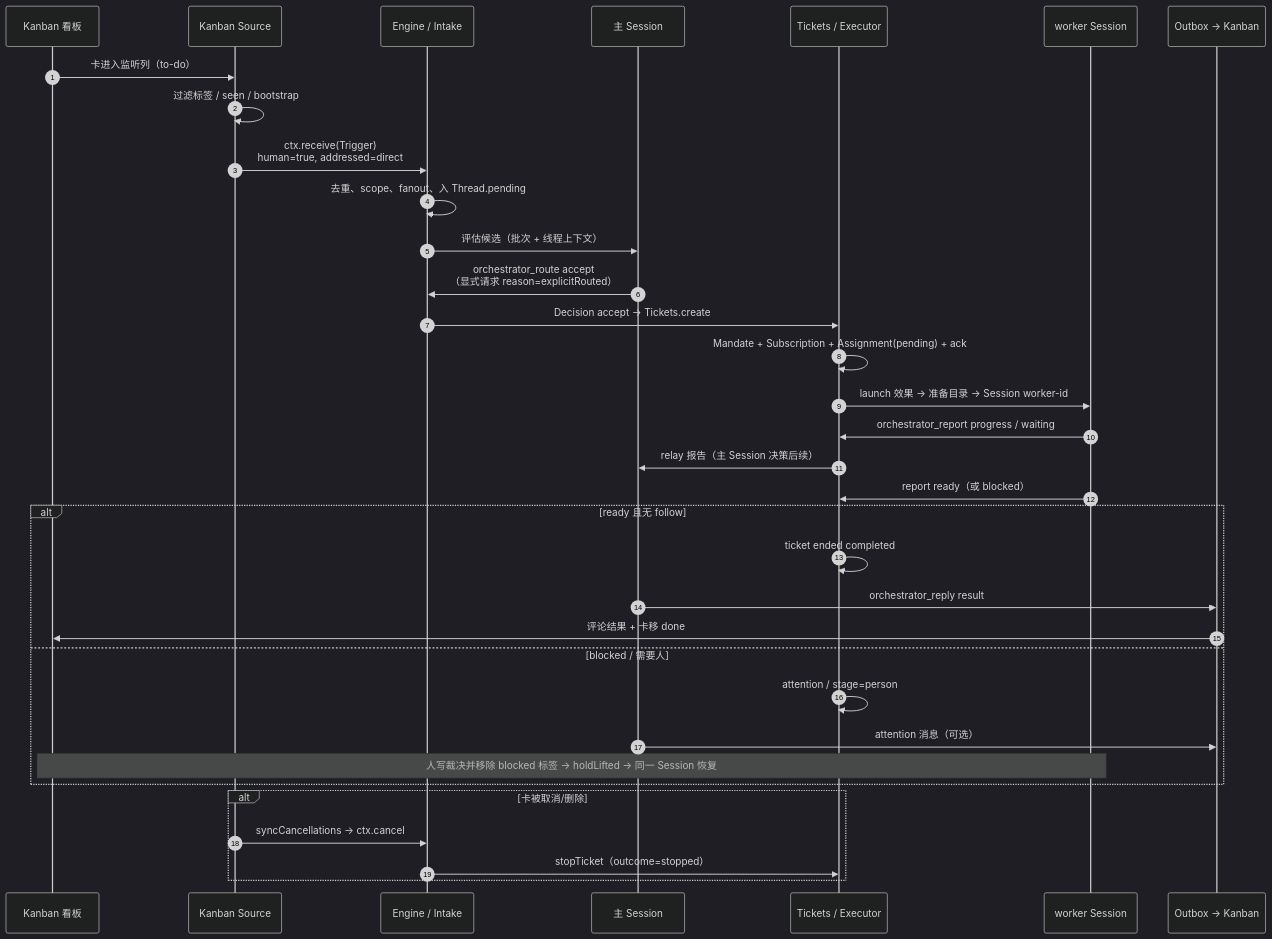
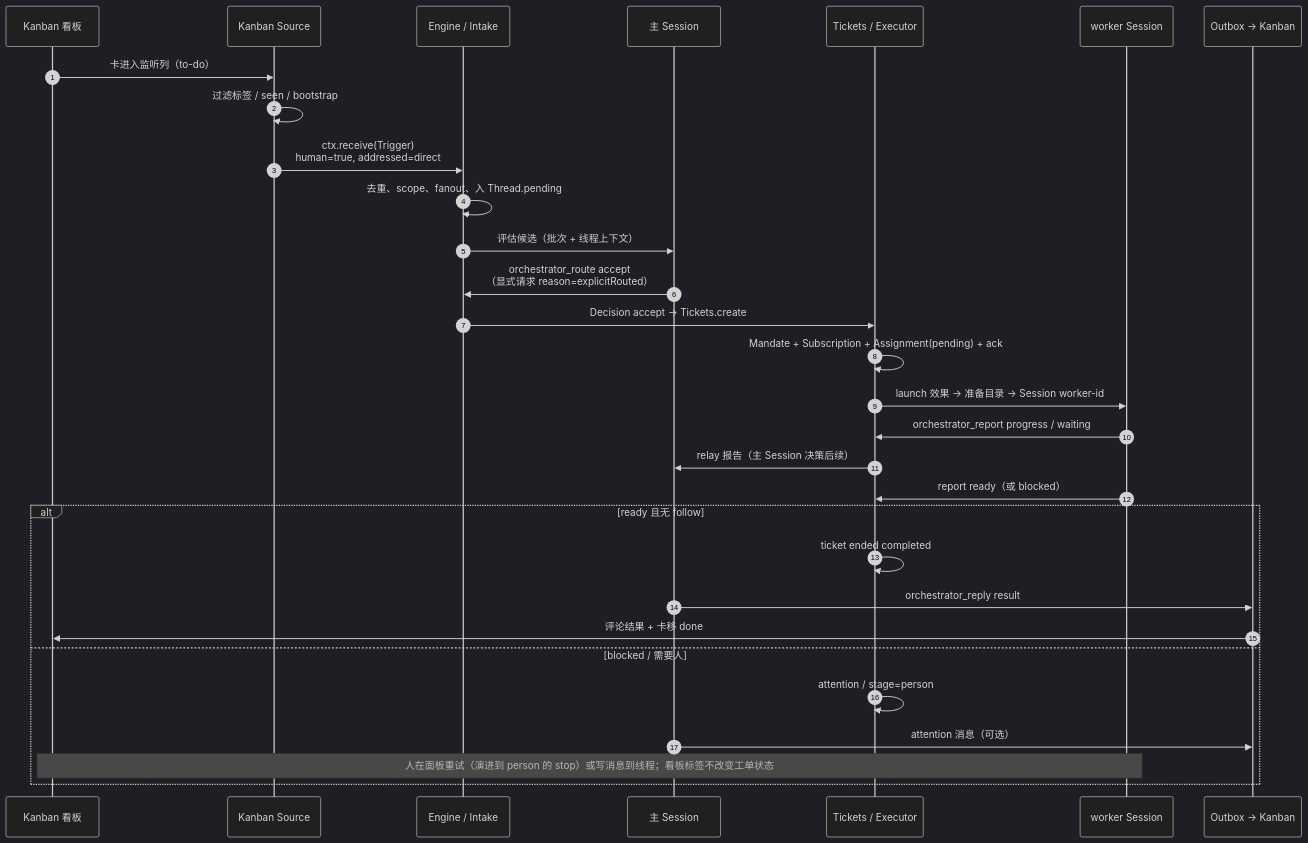
Before and after one commit to wuzhiping/superagent: the ninth of 15 diagrams in FLOW.md, drawn with Mermaid (dark theme). The commit also changed other lines of this file and 38 other files, not shown here.

````diff
--- a/FLOW.md
+++ b/FLOW.md
@@ -293,37 +293,33 @@
 ```mermaid
 sequenceDiagram
   autonumber
   participant KB as Kanban 看板
   participant KS as Kanban Source
   participant EN as Engine / Intake
   participant MS as 主 Session
   participant TK as Tickets / Executor
   participant WK as worker Session
   participant OB as Outbox → Kanban
 
   KB->>KS: 卡进入监听列（to-do）
   KS->>KS: 过滤标签 / seen / bootstrap
   KS->>EN: ctx.receive(Trigger)<br/>human=true, addressed=direct
   EN->>EN: 去重、scope、fanout、入 Thread.pending
   EN->>MS: 评估候选（批次 + 线程上下文）
   MS->>EN: orchestrator_route accept<br/>（显式请求 reason=explicitRouted）
   EN->>TK: Decision accept → Tickets.create
   TK->>TK: Mandate + Subscription + Assignment(pending) + ack
   TK->>WK: launch 效果 → 准备目录 → Session worker-id
   WK->>TK: orchestrator_report progress / waiting
   TK->>MS: relay 报告（主 Session 决策后续）
   WK->>TK: report ready（或 blocked）
   alt ready 且无 follow
     TK->>TK: ticket ended completed
     MS->>OB: orchestrator_reply result
     OB->>KB: 评论结果 + 卡移 done
   else blocked / 需要人
     TK->>TK: attention / stage=person
     MS->>OB: attention 消息（可选）
-    Note over KB,WK: 人写裁决并移除 blocked 标签 → holdLifted → 同一 Session 恢复
-  end
-  alt 卡被取消/删除
-    KS->>EN: syncCancellations → ctx.cancel
-    EN->>TK: stopTicket（outcome=stopped）
+    Note over KB,WK: 人在面板重试（演进到 person 的 stop）或写消息到线程；看板标签不改变工单状态
   end
 ```
````
